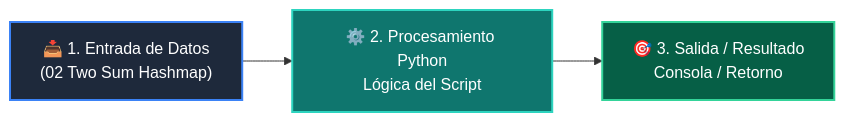
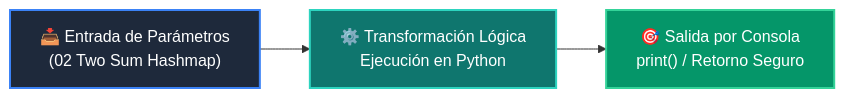
The diagram in 02-algoritmos-estructuras/clase-03-tablas-hash-y-sets/ejemplos/ejemplo_02_two_sum_hashmap/README.md (wisrovi/wisrovi-python), drawn with Mermaid before and after one commit. The commit also changed other lines of this file and 226 other files, not shown here.

Commit message:
docs: elevate all repository READMEs to world-class mastery standard with rich pedagogical architecture, custom Mermaids, and professional styling

````diff
--- a/02-algoritmos-estructuras/clase-03-tablas-hash-y-sets/ejemplos/ejemplo_02_two_sum_hashmap/README.md
+++ b/02-algoritmos-estructuras/clase-03-tablas-hash-y-sets/ejemplos/ejemplo_02_two_sum_hashmap/README.md
@@ -12,9 +19,9 @@
 ```mermaid
 flowchart LR
-    A["📥 1. Entrada de Datos<br/>(02 Two Sum Hashmap)"] --> B["⚙️ 2. Procesamiento Python<br/>Lógica del Script"]
-    B --> C["🎯 3. Salida / Resultado<br/>Consola / Retorno"]
+    A["📥 Entrada de Parámetros<br/>(02 Two Sum Hashmap)"] --> B["⚙️ Transformación Lógica<br/>Ejecución en Python"]
+    B --> C["🎯 Salida por Consola<br/>print() / Retorno Seguro"]
 
-    style A fill:#1e293b,color:#fff,stroke:#3b82f6,stroke-width:2px
-    style B fill:#0f766e,color:#fff,stroke:#2dd4bf,stroke-width:2px
-    style C fill:#065f46,color:#fff,stroke:#34d399,stroke-width:2px
+    style A fill:#1e293b,color:#ffffff,stroke:#3b82f6,stroke-width:2px
+    style B fill:#0f766e,color:#ffffff,stroke:#2dd4bf,stroke-width:2px
+    style C fill:#059669,color:#ffffff,stroke:#34d399,stroke-width:2px
 ```
````
